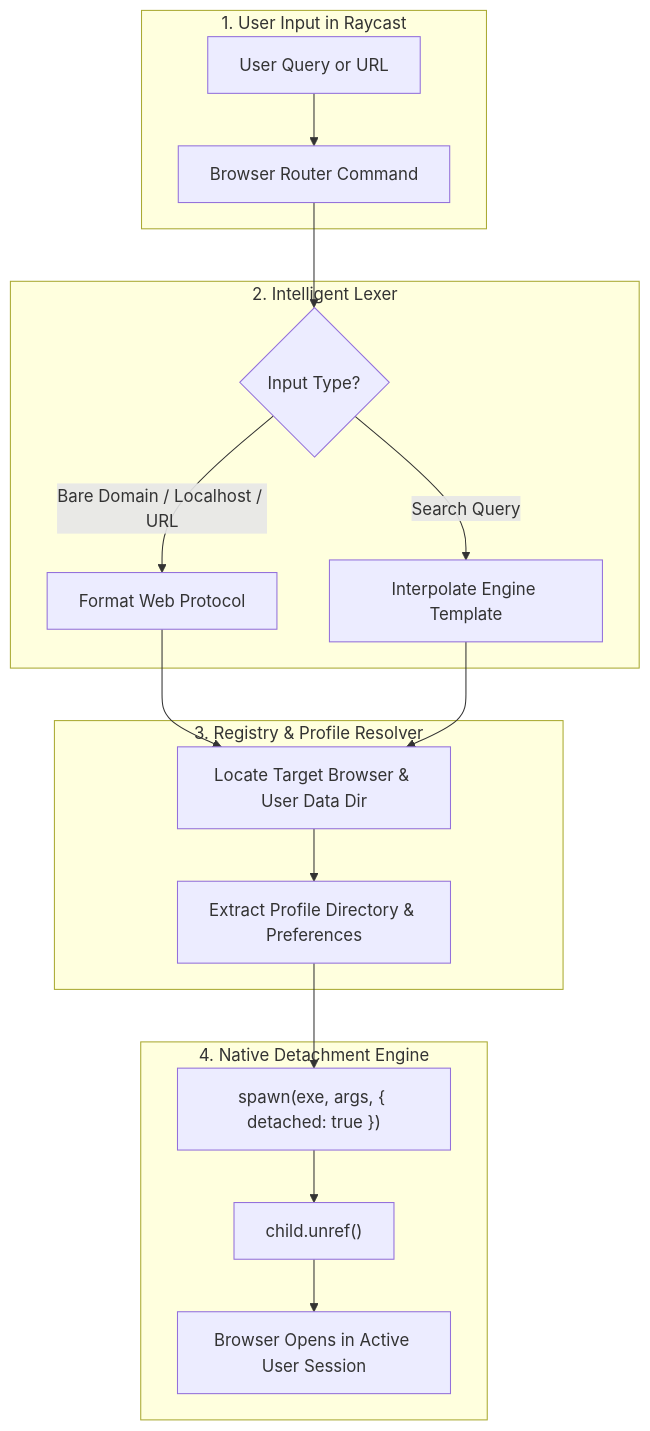
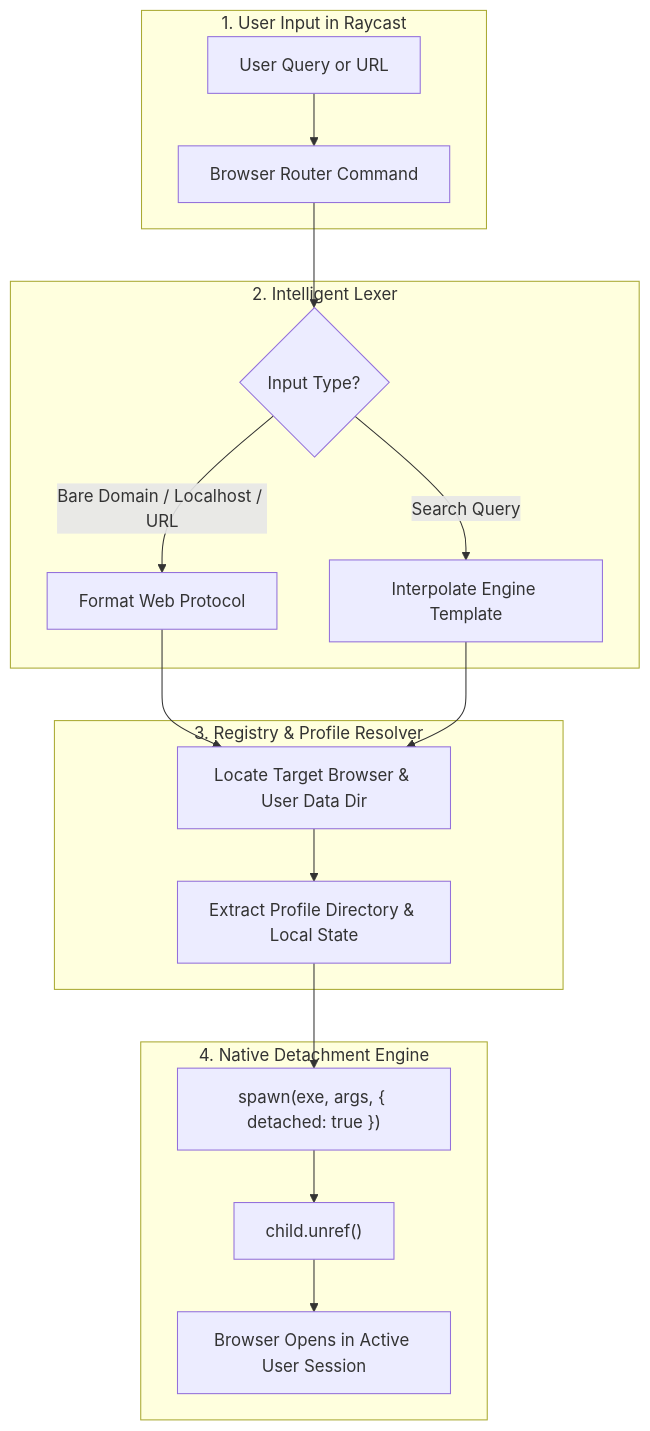
One commit to raycast/extensions changed the diagram in extensions/browser-router/README.md. Above: the diagram before and after it, drawn with Mermaid. The commit also changed other lines of this file and 1 other file, not shown here.

Commit message:
docs: align profile discovery description with Local State, update TypeScript badge to 6.x, and refine supported URL schemas

````diff
--- a/extensions/browser-router/README.md
+++ b/extensions/browser-router/README.md
@@ -166,24 +166,24 @@
 ```mermaid
 flowchart TD
     subgraph Input ["1. User Input in Raycast"]
         A[User Query or URL] --> B[Browser Router Command]
     end
 
     subgraph Lexer ["2. Intelligent Lexer"]
         B --> C{Input Type?}
         C -->|Bare Domain / Localhost / URL| D[Format Web Protocol]
         C -->|Search Query| E[Interpolate Engine Template]
     end
 
     subgraph Discovery ["3. Registry & Profile Resolver"]
         D --> F[Locate Target Browser & User Data Dir]
         E --> F
-        F --> G[Extract Profile Directory & Preferences]
+        F --> G[Extract Profile Directory & Local State]
     end
 
     subgraph Launcher ["4. Native Detachment Engine"]
         G --> H["spawn(exe, args, { detached: true })"]
         H --> I["child.unref()"]
         I --> J[Browser Opens in Active User Session]
     end
 ```
````
